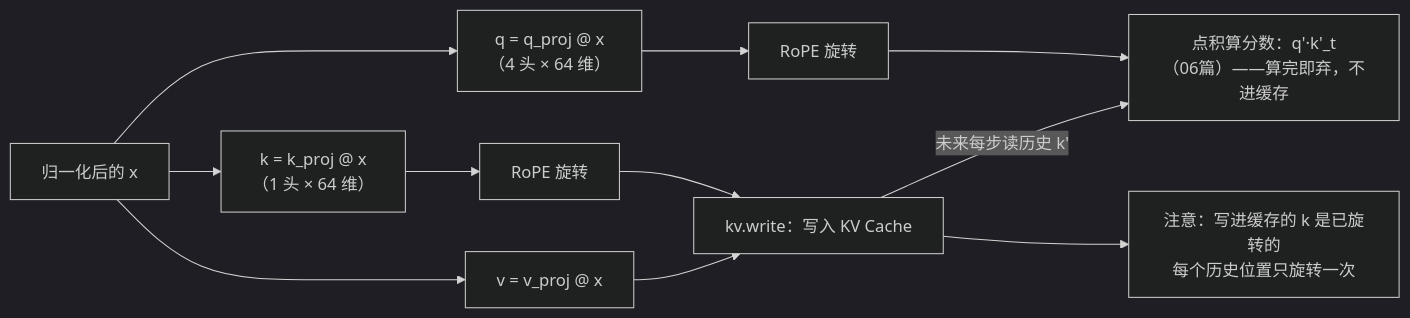
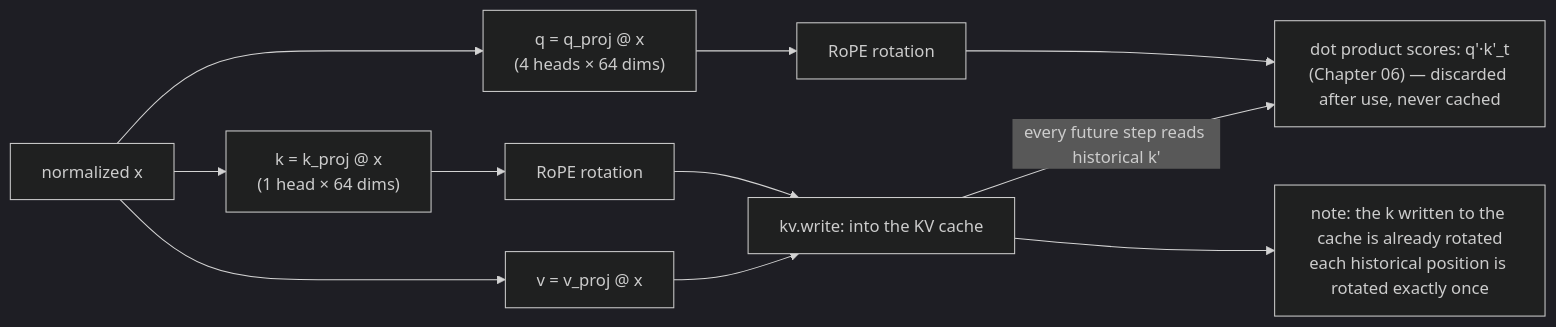
The diagram in docs/05-RoPE.md (hashibit/cpp20gemma), drawn with Mermaid (dark theme) before and after one commit. The commit also changed other lines of this file and 24 other files, not shown here.

````diff
--- a/docs/05-RoPE.md
+++ b/docs/05-RoPE.md
@@ -173,8 +173,8 @@
 ```mermaid
 flowchart LR
-    X["归一化后的 x"] --> A["q = q_proj @ x<br/>（4 头 × 64 维）"] --> RQ["RoPE 旋转"] --> D["点积算分数：q'·k'_t<br/>（06篇）——算完即弃，不进缓存"]
-    X --> B["k = k_proj @ x<br/>（1 头 × 64 维）"] --> RK["RoPE 旋转"] --> W["kv.write：写入 KV Cache"]
+    X["normalized x"] --> A["q = q_proj @ x<br/>(4 heads × 64 dims)"] --> RQ["RoPE rotation"] --> D["dot product scores: q'·k'_t<br/>(Chapter 06) — discarded after use, never cached"]
+    X --> B["k = k_proj @ x<br/>(1 head × 64 dims)"] --> RK["RoPE rotation"] --> W["kv.write: into the KV cache"]
     X --> C["v = v_proj @ x"] --> W
-    W -->|"未来每步读历史 k'"| D
-    W --> N["注意：写进缓存的 k 是已旋转的<br/>每个历史位置只旋转一次"]
+    W -->|"every future step reads historical k'"| D
+    W --> N["note: the k written to the cache is already rotated<br/>each historical position is rotated exactly once"]
 ```
````
